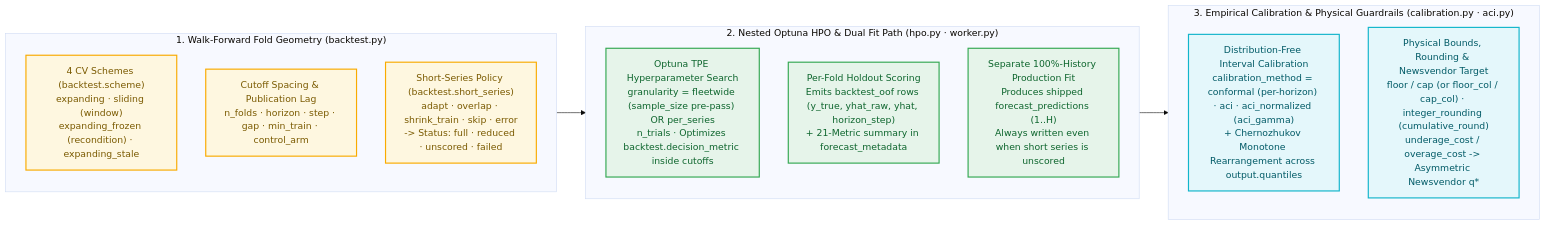
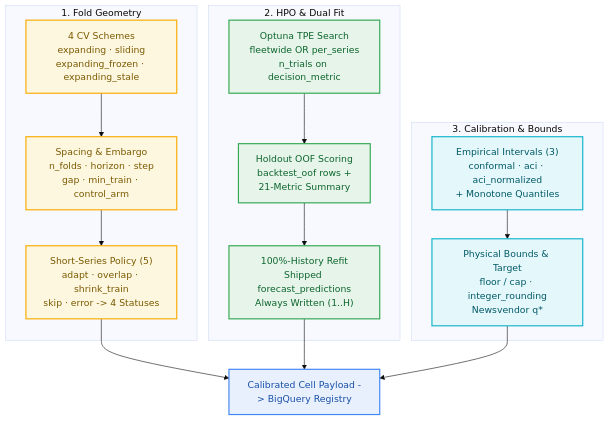
One commit to statmike/scale-forecasting changed diagram 11 of 17 in docs/visual_architecture.md. Above: the diagram before and after it, drawn with Mermaid (base theme). The commit also changed other lines of this file and 14 other files, not shown here.

Commit message:
docs(mermaid): reconfigure wide diagrams to vertical TD layout with concise labels

````diff
--- a/docs/visual_architecture.md
+++ b/docs/visual_architecture.md
@@ -472,31 +458,35 @@
 ```mermaid
-flowchart LR
-    subgraph BT_CFG["1. Walk-Forward Fold Geometry (backtest.py)"]
-        direction TB
-        B_SCH["4 CV Schemes (backtest.scheme)<br/>expanding · sliding (window)<br/>expanding_frozen (recondition) · expanding_stale"]
-        B_STEP["Cutoff Spacing & Publication Lag<br/>n_folds · horizon · step · gap · min_train · control_arm"]
-        B_SHORT["Short-Series Policy (backtest.short_series)<br/>adapt · overlap · shrink_train · skip · error<br/>-> Status: full · reduced · unscored · failed"]
+flowchart TD
+    subgraph BT_CFG["1. Fold Geometry"]
+        B_SCH["4 CV Schemes<br/>expanding · sliding<br/>expanding_frozen · expanding_stale"]
+        B_STEP["Spacing & Embargo<br/>n_folds · horizon · step<br/>gap · min_train · control_arm"]
+        B_SHORT["Short-Series Policy (5)<br/>adapt · overlap · shrink_train<br/>skip · error -> 4 Statuses"]
+        B_SCH --> B_STEP --> B_SHORT
     end
 
-    subgraph HPO_FIT["2. Nested Optuna HPO & Dual Fit Path (hpo.py · worker.py)"]
-        direction TB
-        HPO_N["Optuna TPE Hyperparameter Search<br/>granularity = fleetwide (sample_size pre-pass) OR per_series<br/>n_trials · Optimizes backtest.decision_metric inside cutoffs"]
-        FOLD_N["Per-Fold Holdout Scoring<br/>Emits backtest_oof rows (y_true, yhat_raw, yhat, horizon_step)<br/>+ 21-Metric summary in forecast_metadata"]
-        FULL_N["Separate 100%-History Production Fit<br/>Produces shipped forecast_predictions (1..H)<br/>Always written even when short series is unscored"]
+    subgraph HPO_FIT["2. HPO & Dual Fit"]
+        HPO_N["Optuna TPE Search<br/>fleetwide OR per_series<br/>n_trials on decision_metric"]
+        FOLD_N["Holdout OOF Scoring<br/>backtest_oof rows +<br/>21-Metric Summary"]
+        FULL_N["100%-History Refit<br/>Shipped forecast_predictions<br/>Always Written (1..H)"]
+        HPO_N --> FOLD_N --> FULL_N
     end
 
-    subgraph CAL_OUT["3. Empirical Calibration & Physical Guardrails (calibration.py · aci.py)"]
-        direction TB
-        CAL_M["Distribution-Free Interval Calibration<br/>calibration_method = conformal (per-horizon) · aci · aci_normalized (aci_gamma)<br/>+ Chernozhukov Monotone Rearrangement across output.quantiles"]
-        CAL_G["Physical Bounds, Rounding & Newsvendor Target<br/>floor / cap (or floor_col / cap_col) · integer_rounding (cumulative_round)<br/>underage_cost / overage_cost -> Asymmetric Newsvendor q*"]
+    subgraph CAL_OUT["3. Calibration & Bounds"]
+        CAL_M["Empirical Intervals (3)<br/>conformal · aci · aci_normalized<br/>+ Monotone Quantiles"]
+        CAL_G["Physical Bounds & Target<br/>floor / cap · integer_rounding<br/>Newsvendor q*"]
+        CAL_M --> CAL_G
     end
 
-    BT_CFG --> HPO_FIT --> CAL_OUT
+    OUT_CELL["Calibrated Cell Payload -> BigQuery Registry"]
 
+    B_SHORT & FULL_N & CAL_G --> OUT_CELL
+
+    classDef data fill:#E8F0FE,stroke:#4285F4,stroke-width:2px,color:#174EA6
     classDef config fill:#FEF7E0,stroke:#F9AB00,stroke-width:2px,color:#7A5A00
     classDef compute fill:#E6F4EA,stroke:#34A853,stroke-width:2px,color:#0D652D
     classDef decision fill:#E4F7FB,stroke:#12B5CB,stroke-width:2px,color:#005A66
+    class OUT_CELL data
     class B_SCH,B_STEP,B_SHORT config
     class HPO_N,FOLD_N,FULL_N compute
     class CAL_M,CAL_G decision
 ```
````
